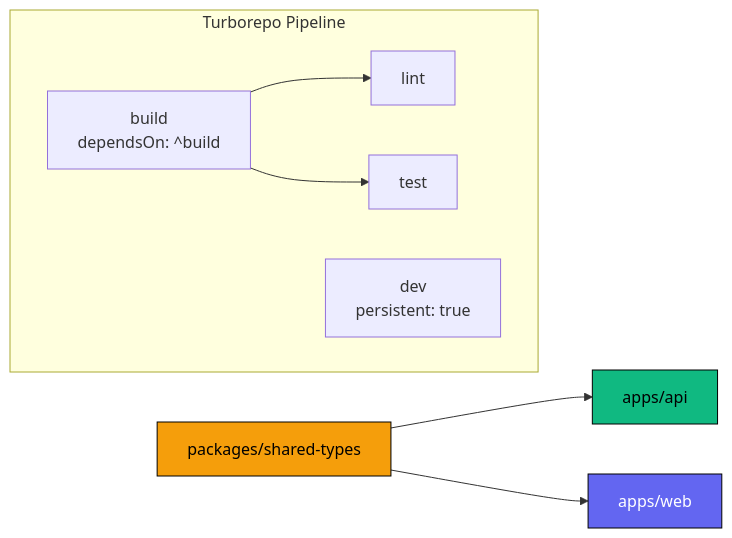
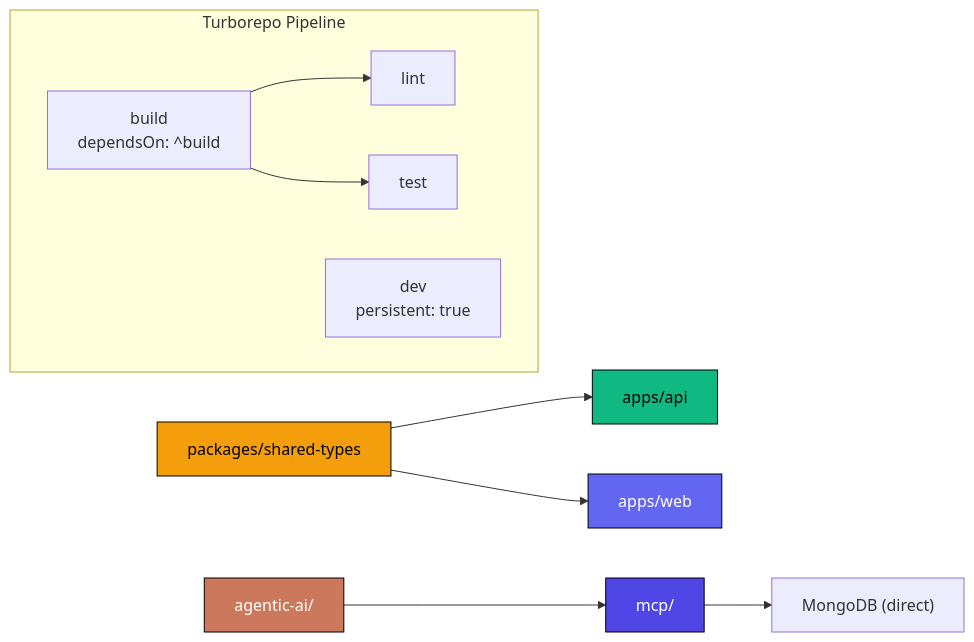
One commit to Anto1712/WealthWise-Finance-Tracker changed the second of 25 diagrams in ARCHITECTURE.md. Above: the diagram before and after it, drawn with Mermaid. The commit also changed other lines of this file and 9 other files, not shown here.

````diff
--- a/ARCHITECTURE.md
+++ b/ARCHITECTURE.md
@@ -147,16 +165,20 @@
 ```mermaid
 graph LR
     ST["packages/shared-types"] --> API["apps/api"]
     ST --> WEB["apps/web"]
+    MCP_PKG["mcp/"] --> DB_DIRECT["MongoDB (direct)"]
+    AI_PKG["agentic-ai/"] --> MCP_PKG
 
     subgraph Turbo["Turborepo Pipeline"]
         direction LR
         Build["build<br/>dependsOn: ^build"] --> Lint["lint"]
         Build --> Test["test"]
         Dev["dev<br/>persistent: true"]
     end
 
     style ST fill:#f59e0b,stroke:#000,color:#000
     style API fill:#10b981,stroke:#000,color:#000
     style WEB fill:#6366f1,stroke:#000,color:#fff
+    style MCP_PKG fill:#4f46e5,stroke:#000,color:#fff
+    style AI_PKG fill:#cc785c,stroke:#000,color:#fff
 ```
````
